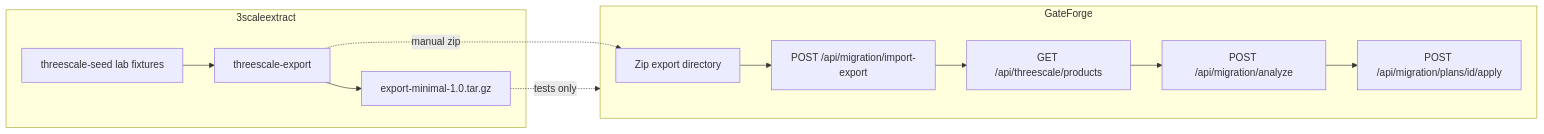
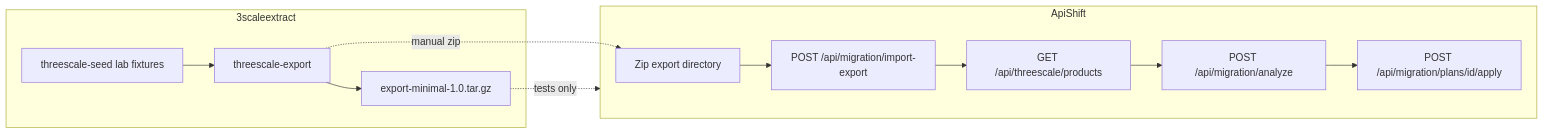
The first of 3 diagrams in README.md (Everything-is-Code/apishift), drawn with Mermaid before and after one commit. The commit also changed other lines of this file and 395 other files, not shown here.

````diff
--- a/README.md
+++ b/README.md
@@ -195,19 +195,19 @@
 ```mermaid
 flowchart LR
     subgraph extract [3scaleextract]
         Seed[threescale-seed lab fixtures]
         Export[threescale-export]
         Tar[export-minimal-1.0.tar.gz]
         Seed --> Export --> Tar
     end
-    subgraph gateforge [GateForge]
+    subgraph ApiShift [ApiShift]
         Zip[Zip export directory]
         API[POST /api/migration/import-export]
         Products[GET /api/threescale/products]
         Analyze[POST /api/migration/analyze]
         Apply[POST /api/migration/plans/id/apply]
         Zip --> API --> Products --> Analyze --> Apply
     end
     Export -.->|manual zip| Zip
-    Tar -.->|tests only| gateforge
+    Tar -.->|tests only| ApiShift
 ```
````
